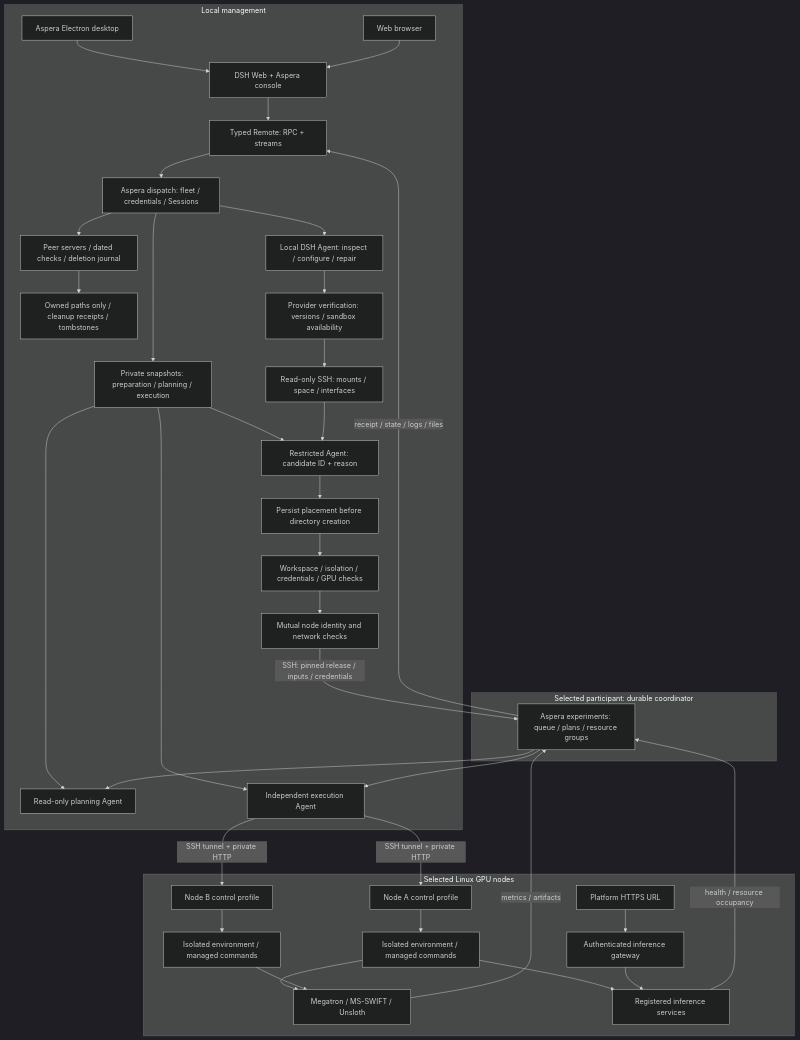
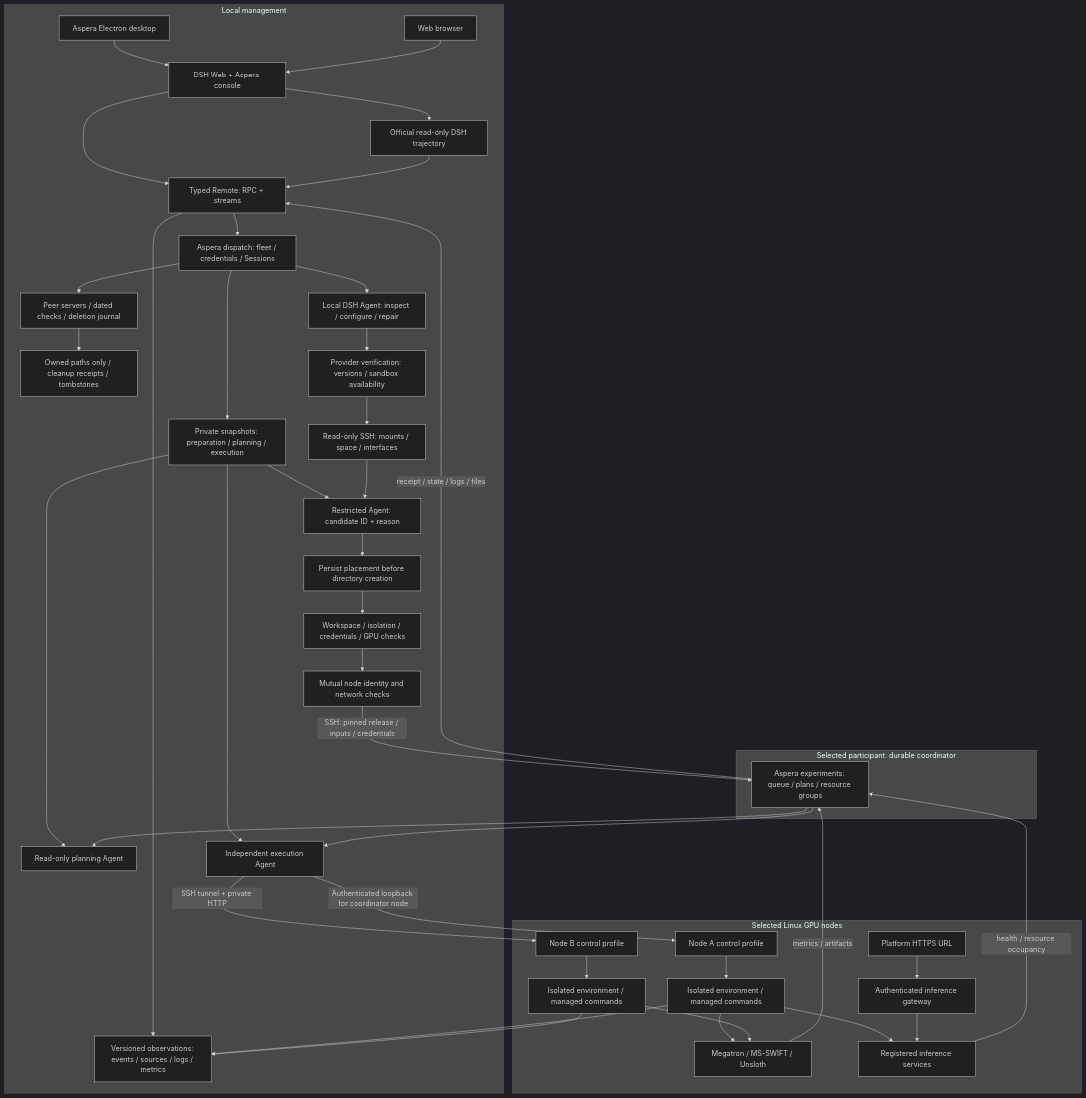
Before and after one commit to m4an5you6/aspera-agent: the first of 2 diagrams in extensions/aspera/docs/architecture.md, drawn with Mermaid (dark theme). The commit also changed other lines of this file and 96 other files, not shown here.

````diff
--- a/extensions/aspera/docs/architecture.md
+++ b/extensions/aspera/docs/architecture.md
@@ -40,44 +40,49 @@
 ```mermaid
 flowchart TB
   subgraph Local[Local management]
     Desktop[Aspera Electron desktop] --> Page[DSH Web + Aspera console]
     Browser[Web browser] --> Page
     Page --> Remote[Typed Remote: RPC + streams]
     Remote --> Fleet[Aspera dispatch: fleet / credentials / Sessions]
+    Page --> Trace[Official read-only DSH trajectory]
+    Trace --> Remote
+    Remote --> Observations[Versioned observations: events / sources / logs / metrics]
     Fleet --> Management[Peer servers / dated checks / deletion journal]
     Management --> Cleanup[Owned paths only / cleanup receipts / tombstones]
     Fleet --> Models[Private snapshots: preparation / planning / execution]
     Models --> Selection
     Models --> Planner
     Models --> Executor
     Fleet --> Preparation[Local DSH Agent: inspect / configure / repair]
     Preparation --> Checks[Provider verification: versions / sandbox availability]
     Checks --> Inventory[Read-only SSH: mounts / space / interfaces]
     Inventory --> Selection[Restricted Agent: candidate ID + reason]
     Selection --> Placement[Persist placement before directory creation]
     Placement --> Acceptance[Workspace / isolation / credentials / GPU checks]
     Acceptance --> Network[Mutual node identity and network checks]
   end
   subgraph Coordinator[Selected participant: durable coordinator]
     Queue[Aspera experiments: queue / plans / resource groups]
     Planner[Read-only planning Agent]
     Executor[Independent execution Agent]
     Queue --> Planner
     Queue --> Executor
   end
   Network -- SSH: pinned release / inputs / credentials --> Queue
   Queue -- receipt / state / logs / files --> Remote
   subgraph Nodes[Selected Linux GPU nodes]
     NodeA[Node A control profile] --> RunA[Isolated environment / managed commands]
     NodeB[Node B control profile] --> RunB[Isolated environment / managed commands]
     RunA --> Frameworks[Megatron / MS-SWIFT / Unsloth]
     RunB --> Frameworks
     RunA --> Service[Registered inference services]
     External[Platform HTTPS URL] --> Gateway[Authenticated inference gateway]
     Gateway --> Service
   end
-  Executor -- SSH tunnel + private HTTP --> NodeA
+  Executor -- Authenticated loopback for coordinator node --> NodeA
   Executor -- SSH tunnel + private HTTP --> NodeB
+  RunA --> Observations
+  RunB --> Observations
   Frameworks -- metrics / artifacts --> Queue
   Service -- health / resource occupancy --> Queue
 ```
````
